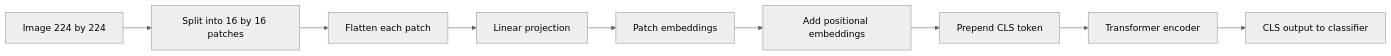
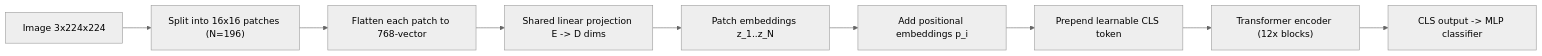
The diagram in curriculum/week-10-vision-transformers/lecture-notes/01-image-as-patches.md (CODECRUNCHWORLDWIDE/C56-CRUNCH-VISION), drawn with Mermaid (neutral theme) before and after one commit. The commit also changed other lines of this file and 254 other files, not shown here.

Commit message:
docs: add diagrams + sync content from curriculum source

````diff
--- a/curriculum/week-10-vision-transformers/lecture-notes/01-image-as-patches.md
+++ b/curriculum/week-10-vision-transformers/lecture-notes/01-image-as-patches.md
@@ -28,11 +73,11 @@
 ```mermaid
 flowchart LR
-  A["Image 224 by 224"] --> B["Split into 16 by 16 patches"]
-  B --> C["Flatten each patch"]
-  C --> D["Linear projection"]
-  D --> E["Patch embeddings"]
-  E --> F["Add positional embeddings"]
-  F --> G["Prepend CLS token"]
-  G --> H["Transformer encoder"]
-  H --> I["CLS output to classifier"]
+  A["Image 3x224x224"] --> B["Split into 16x16 patches (N=196)"]
+  B --> C["Flatten each patch to 768-vector"]
+  C --> D["Shared linear projection E -> D dims"]
+  D --> E["Patch embeddings z_1..z_N"]
+  E --> F["Add positional embeddings p_i"]
+  F --> G["Prepend learnable CLS token"]
+  G --> H["Transformer encoder (12x blocks)"]
+  H --> I["CLS output -> MLP classifier"]
 ```
````
